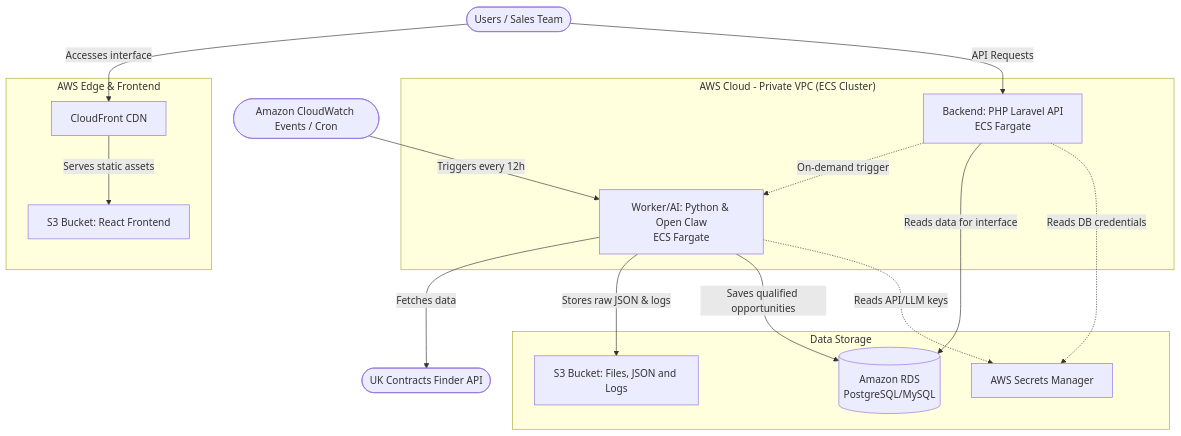
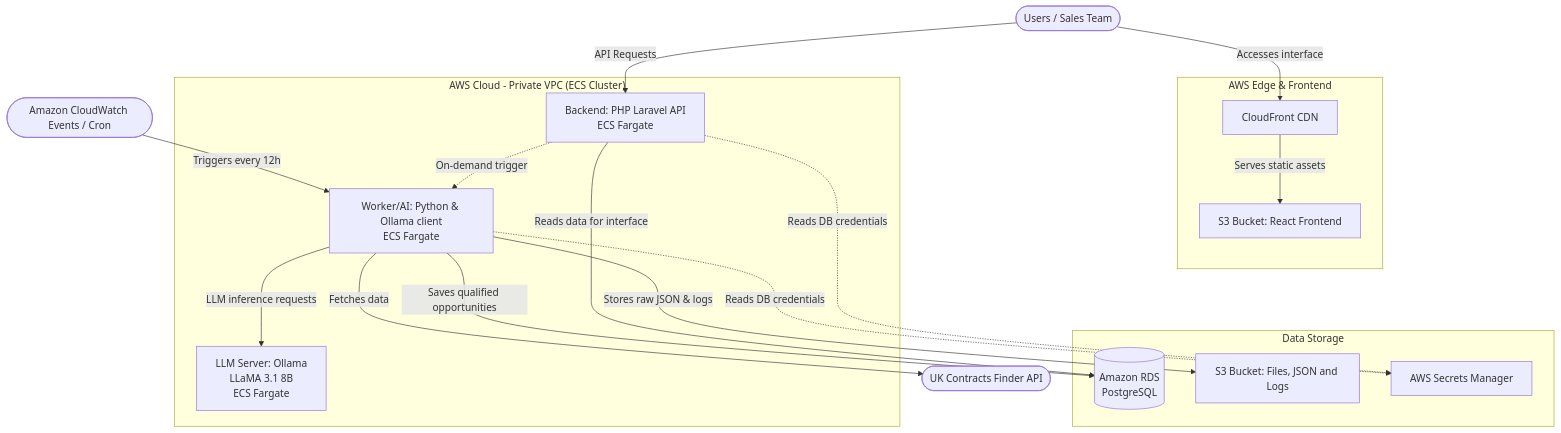
The diagram in docs/ARCHITECTURE_AND_ADRS.md (marciowelter/GovGrasp), drawn with Mermaid before and after one commit. The commit also changed other lines of this file and 7 other files, not shown here.

Commit message:
feat: integrate Ollama for local LLM inference and update documentation

````diff
--- a/docs/ARCHITECTURE_AND_ADRS.md
+++ b/docs/ARCHITECTURE_AND_ADRS.md
@@ -7,43 +7,45 @@
 ```mermaid
 graph TD
     %% Actors
     User([Users / Sales Team])
     CloudWatch([Amazon CloudWatch Events / Cron])
     ContractsAPI([UK Contracts Finder API])
-    
+
     %% Edge and Frontend
     subgraph "AWS Edge & Frontend"
         CF[CloudFront CDN]
         S3_Web[S3 Bucket: React Frontend]
     end
 
     %% Backend and Processing (Private VPC)
     subgraph "AWS Cloud - Private VPC (ECS Cluster)"
         API_Laravel[Backend: PHP Laravel API\nECS Fargate]
-        Worker_Python[Worker/AI: Python & Open Claw\nECS Fargate]
+        Worker_Python[Worker/AI: Python & Ollama client\nECS Fargate]
+        Ollama[LLM Server: Ollama\nLLaMA 3.1 8B\nECS Fargate]
     end
 
     %% Data Storage
     subgraph "Data Storage"
-        RDS[(Amazon RDS\nPostgreSQL/MySQL)]
+        RDS[(Amazon RDS\nPostgreSQL)]
         S3_Data[S3 Bucket: Files, JSON and Logs]
         Secrets[AWS Secrets Manager]
     end
 
     %% Relationships
     User -->|Accesses interface| CF
     CF -->|Serves static assets| S3_Web
     User -->|API Requests| API_Laravel
-    
+
     CloudWatch -->|Triggers every 12h| Worker_Python
     API_Laravel -.->|On-demand trigger| Worker_Python
-    
+
     Worker_Python -->|Fetches data| ContractsAPI
     Worker_Python -->|Stores raw JSON & logs| S3_Data
     Worker_Python -->|Saves qualified opportunities| RDS
-    
+    Worker_Python -->|LLM inference requests| Ollama
+
     API_Laravel -->|Reads data for interface| RDS
-    
-    Worker_Python -.->|Reads API/LLM keys| Secrets
+
+    Worker_Python -.->|Reads DB credentials| Secrets
     API_Laravel -.->|Reads DB credentials| Secrets
 ```
````
